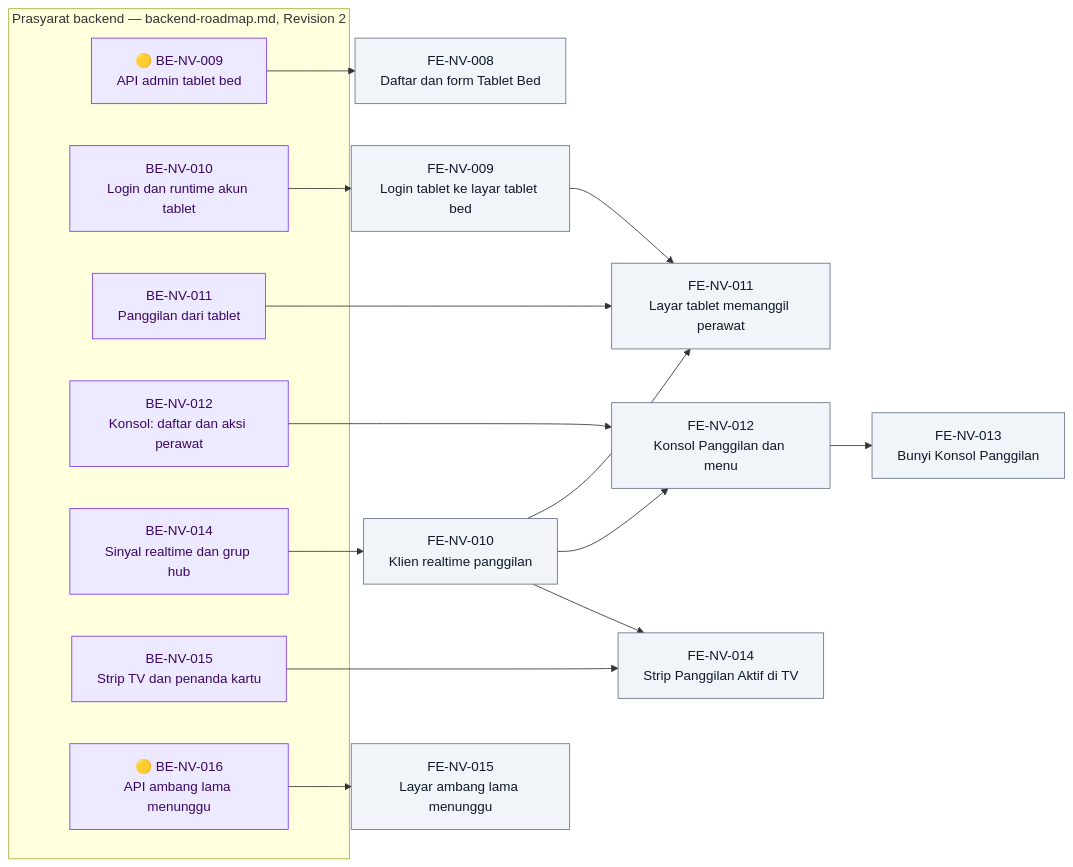
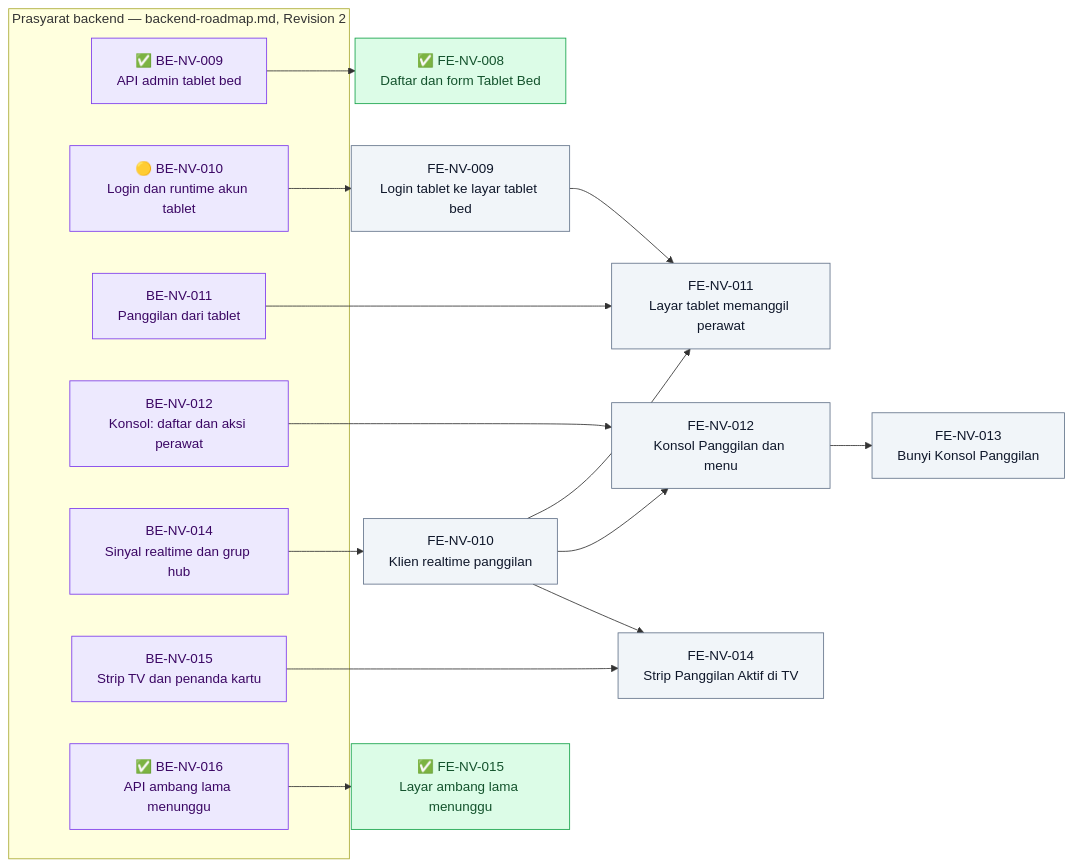
Before and after one commit to DevBenari/NewQuilvianSystemBackend: the second of 2 diagrams in docs/module-blueprints/nurse-view/roadmap/frontend-roadmap.md, drawn with Mermaid. The commit also changed other lines of this file and 15 other files, not shown here.

````diff
--- a/docs/module-blueprints/nurse-view/roadmap/frontend-roadmap.md
+++ b/docs/module-blueprints/nurse-view/roadmap/frontend-roadmap.md
@@ -192,40 +192,40 @@
 ```mermaid
 flowchart LR
     classDef selesai fill:#DCFCE7,stroke:#16A34A,color:#14532D
     classDef sebagian fill:#FEF9C3,stroke:#CA8A04,color:#713F12
     classDef terblokir fill:#FEE2E2,stroke:#DC2626,color:#7F1D1D
     classDef belum fill:#F1F5F9,stroke:#64748B,color:#0F172A
     classDef luar fill:#EDE9FE,stroke:#7C3AED,color:#3B0764
 
     subgraph backend["Prasyarat backend — backend-roadmap.md, Revision 2"]
-        BENV009["🟡 BE-NV-009<br/>API admin tablet bed"]:::luar
-        BENV010["BE-NV-010<br/>Login dan runtime akun tablet"]:::luar
+        BENV009["✅ BE-NV-009<br/>API admin tablet bed"]:::luar
+        BENV010["🟡 BE-NV-010<br/>Login dan runtime akun tablet"]:::luar
         BENV011["BE-NV-011<br/>Panggilan dari tablet"]:::luar
         BENV012["BE-NV-012<br/>Konsol: daftar dan aksi perawat"]:::luar
         BENV014["BE-NV-014<br/>Sinyal realtime dan grup hub"]:::luar
         BENV015["BE-NV-015<br/>Strip TV dan penanda kartu"]:::luar
-        BENV016["🟡 BE-NV-016<br/>API ambang lama menunggu"]:::luar
+        BENV016["✅ BE-NV-016<br/>API ambang lama menunggu"]:::luar
     end
 
-    FENV008["FE-NV-008<br/>Daftar dan form Tablet Bed"]:::belum
+    FENV008["✅ FE-NV-008<br/>Daftar dan form Tablet Bed"]:::selesai
     FENV009["FE-NV-009<br/>Login tablet ke layar tablet bed"]:::belum
     FENV010["FE-NV-010<br/>Klien realtime panggilan"]:::belum
     FENV011["FE-NV-011<br/>Layar tablet memanggil perawat"]:::belum
     FENV012["FE-NV-012<br/>Konsol Panggilan dan menu"]:::belum
     FENV013["FE-NV-013<br/>Bunyi Konsol Panggilan"]:::belum
     FENV014["FE-NV-014<br/>Strip Panggilan Aktif di TV"]:::belum
-    FENV015["FE-NV-015<br/>Layar ambang lama menunggu"]:::belum
+    FENV015["✅ FE-NV-015<br/>Layar ambang lama menunggu"]:::selesai
 
     BENV009 --> FENV008
     BENV010 --> FENV009
     BENV014 --> FENV010
     BENV011 --> FENV011
     FENV009 --> FENV011
     FENV010 --> FENV011
     BENV012 --> FENV012
     FENV010 --> FENV012
     FENV012 --> FENV013
     BENV015 --> FENV014
     FENV010 --> FENV014
     BENV016 --> FENV015
 ```
````
